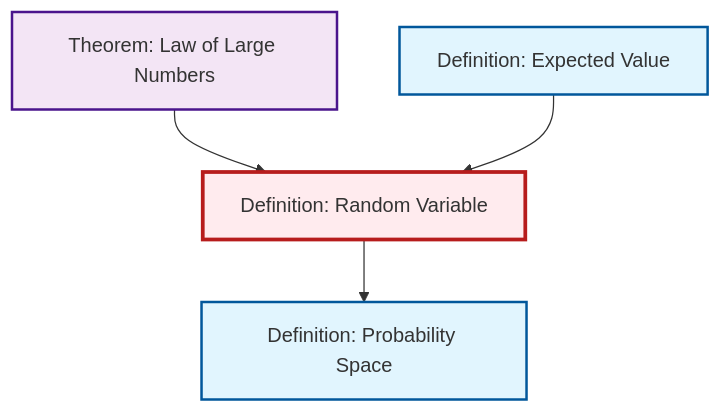
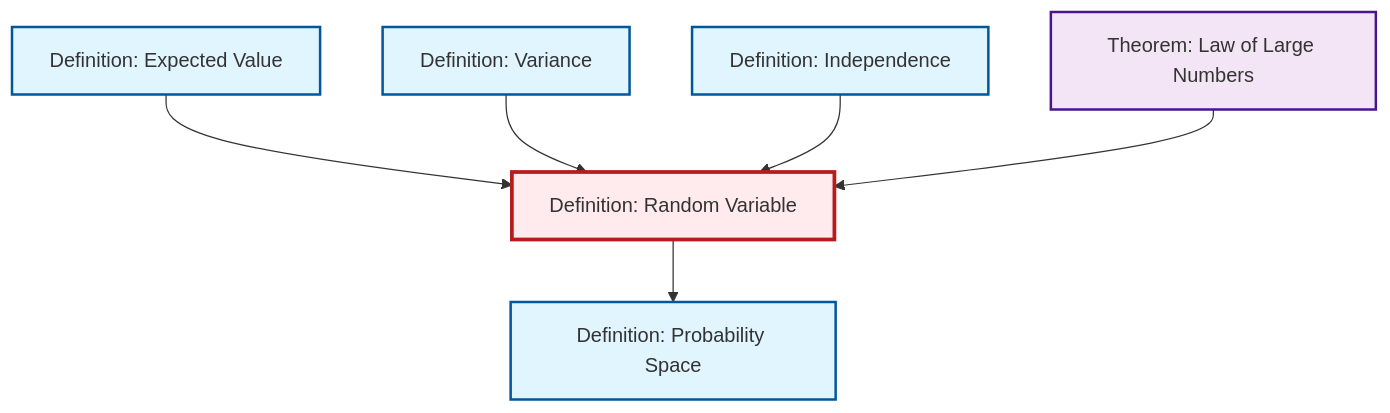
Before and after one commit to RK0429/ModernMath: the diagram in content/ja/probability-statistics/def-random-variable.qmd, drawn with Mermaid. The commit also changed 474 other files, not shown here.

````diff
--- a/content/ja/probability-statistics/def-random-variable.qmd
+++ b/content/ja/probability-statistics/def-random-variable.qmd
@@ -48,20 +48,26 @@
 ```{mermaid}
 %%| fig-cap: "Local dependency graph"
 graph TD
     classDef definition fill:#e1f5fe,stroke:#01579b,stroke-width:2px
     classDef theorem fill:#f3e5f5,stroke:#4a148c,stroke-width:2px
     classDef axiom fill:#fff3e0,stroke:#e65100,stroke-width:2px
     classDef example fill:#e8f5e9,stroke:#1b5e20,stroke-width:2px
     classDef current fill:#ffebee,stroke:#b71c1c,stroke-width:3px
+    thm-law-of-large-numbers["Theorem: Law of Large Numbers"]:::theorem
+    def-expectation["Definition: Expected Value"]:::definition
     def-random-variable["Definition: Random Variable"]:::definition
     def-probability-space["Definition: Probability Space"]:::definition
-    thm-law-of-large-numbers["Theorem: Law of Large Numbers"]:::theorem
-    def-expectation["Definition: Expected Value"]:::definition
+    def-independence["Definition: Independence"]:::definition
+    def-variance["Definition: Variance"]:::definition
+    def-expectation --> def-random-variable
+    def-variance --> def-random-variable
+    def-independence --> def-random-variable
     def-random-variable --> def-probability-space
     thm-law-of-large-numbers --> def-random-variable
-    def-expectation --> def-random-variable
     class def-random-variable current
-    click def-probability-space "def-probability-space.html" "Definition: Probability Spaceへ"
     click thm-law-of-large-numbers "thm-law-of-large-numbers.html" "Theorem: Law of Large Numbersへ"
     click def-expectation "def-expectation.html" "Definition: Expected Valueへ"
+    click def-probability-space "def-probability-space.html" "Definition: Probability Spaceへ"
+    click def-independence "def-independence.html" "Definition: Independenceへ"
+    click def-variance "def-variance.html" "Definition: Varianceへ"
 ```
````
